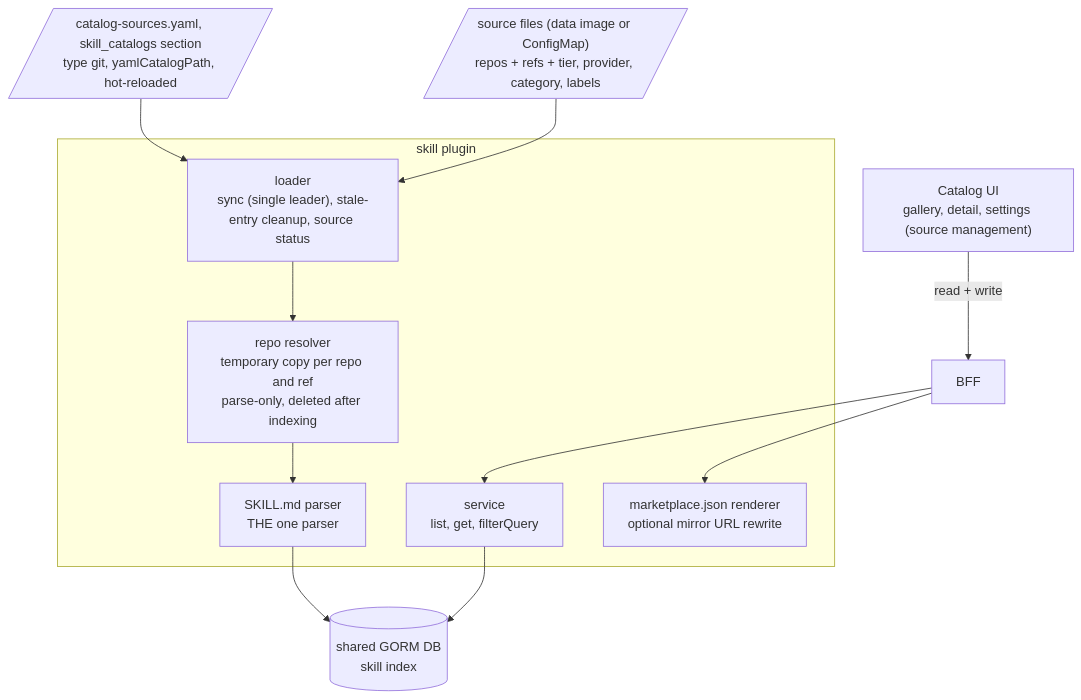
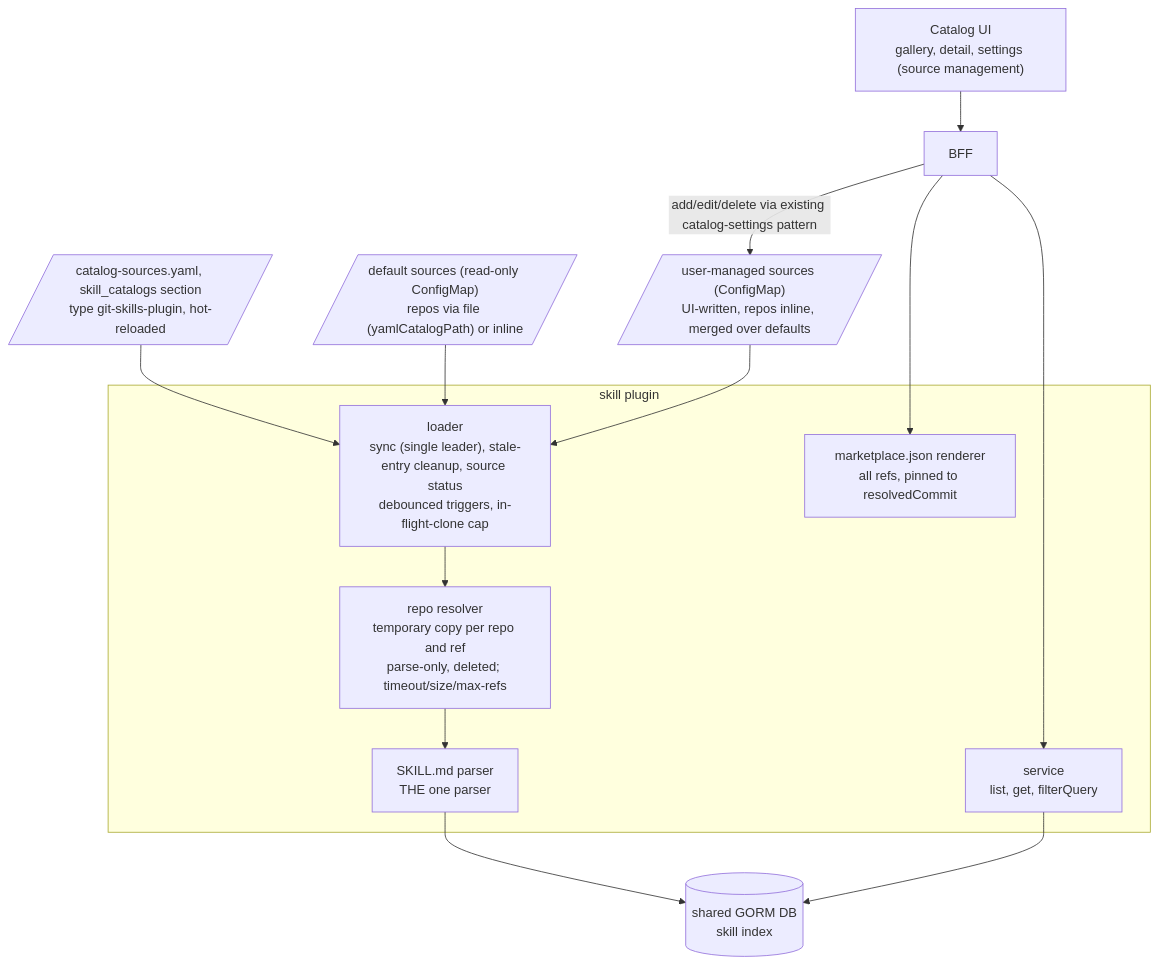
One commit to kubeflow/hub changed the third of 7 diagrams in proposals/KEP-0005-skills-catalog/skill-catalog-architecture.md. Above: the diagram before and after it, drawn with Mermaid. The commit also changed other lines of this file and 1 other file, not shown here.

Commit message:
Further clarifications on git pull based refs, admin UI functionalities

````diff
--- a/proposals/KEP-0005-skills-catalog/skill-catalog-architecture.md
+++ b/proposals/KEP-0005-skills-catalog/skill-catalog-architecture.md
@@ -48,15 +48,17 @@
 ```mermaid
 flowchart TB
-    CFG[/"catalog-sources.yaml, skill_catalogs section<br/>type git, yamlCatalogPath, hot-reloaded"/] --> LOADER
-    SF[/"source files (data image or ConfigMap)<br/>repos + refs + tier, provider, category, labels"/] --> LOADER
+    CFG[/"catalog-sources.yaml, skill_catalogs section<br/>type git-skills-plugin, hot-reloaded"/] --> LOADER
+    DEF[/"default sources (read-only ConfigMap)<br/>repos via file (yamlCatalogPath) or inline"/] --> LOADER
+    USER[/"user-managed sources (ConfigMap)<br/>UI-written, repos inline, merged over defaults"/] --> LOADER
     subgraph plugin["skill plugin"]
-        LOADER["loader<br/>sync (single leader), stale-entry cleanup, source status"]
-        RES["repo resolver<br/>temporary copy per repo and ref<br/>parse-only, deleted after indexing"]
+        LOADER["loader<br/>sync (single leader), stale-entry cleanup, source status<br/>debounced triggers, in-flight-clone cap"]
+        RES["repo resolver<br/>temporary copy per repo and ref<br/>parse-only, deleted; timeout/size/max-refs"]
         PARSER["SKILL.md parser<br/>THE one parser"]
         SVC["service<br/>list, get, filterQuery"]
-        MKT["marketplace.json renderer<br/>optional mirror URL rewrite"]
+        MKT["marketplace.json renderer<br/>all refs, pinned to resolvedCommit"]
     end
     LOADER --> RES --> PARSER --> DB[("shared GORM DB<br/>skill index")]
     SVC --> DB
-    UI["Catalog UI<br/>gallery, detail, settings (source management)"] -->|"read + write"| BFF["BFF"] --> SVC & MKT
+    UI["Catalog UI<br/>gallery, detail, settings (source management)"] --> BFF["BFF"] --> SVC & MKT
+    BFF -->|"add/edit/delete via existing catalog-settings pattern"| USER
 ```
````
